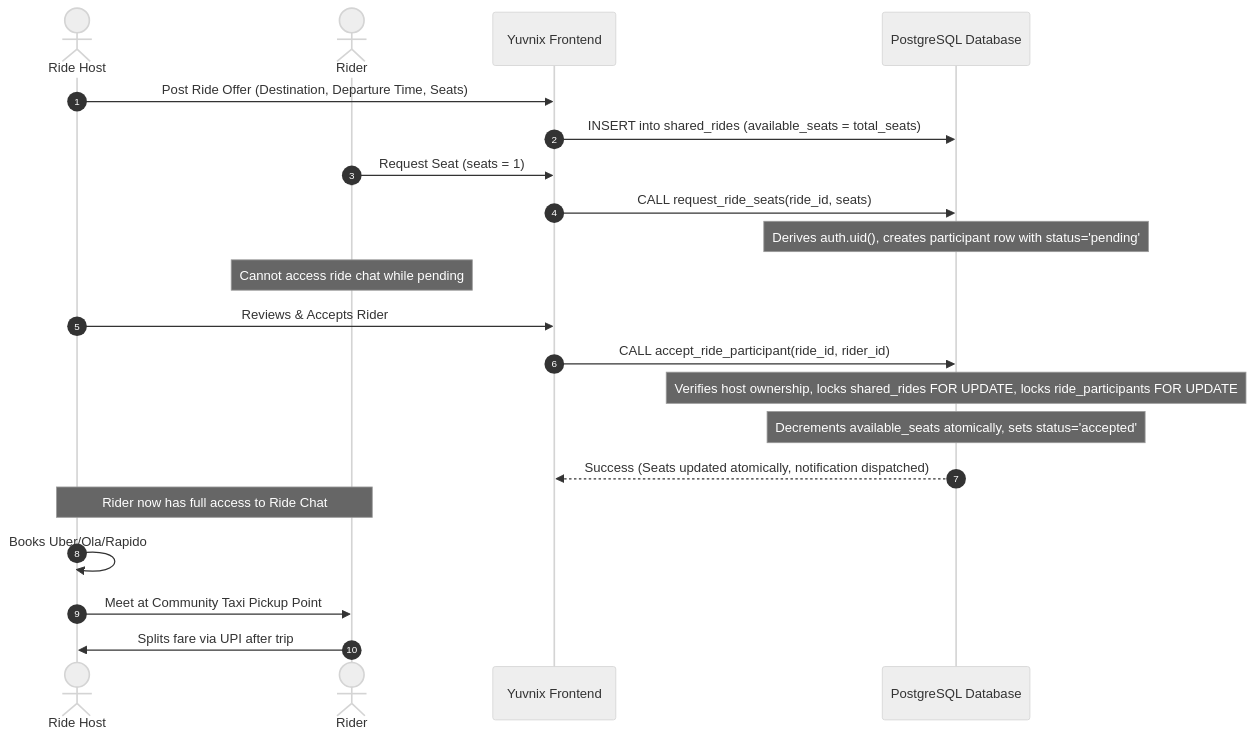
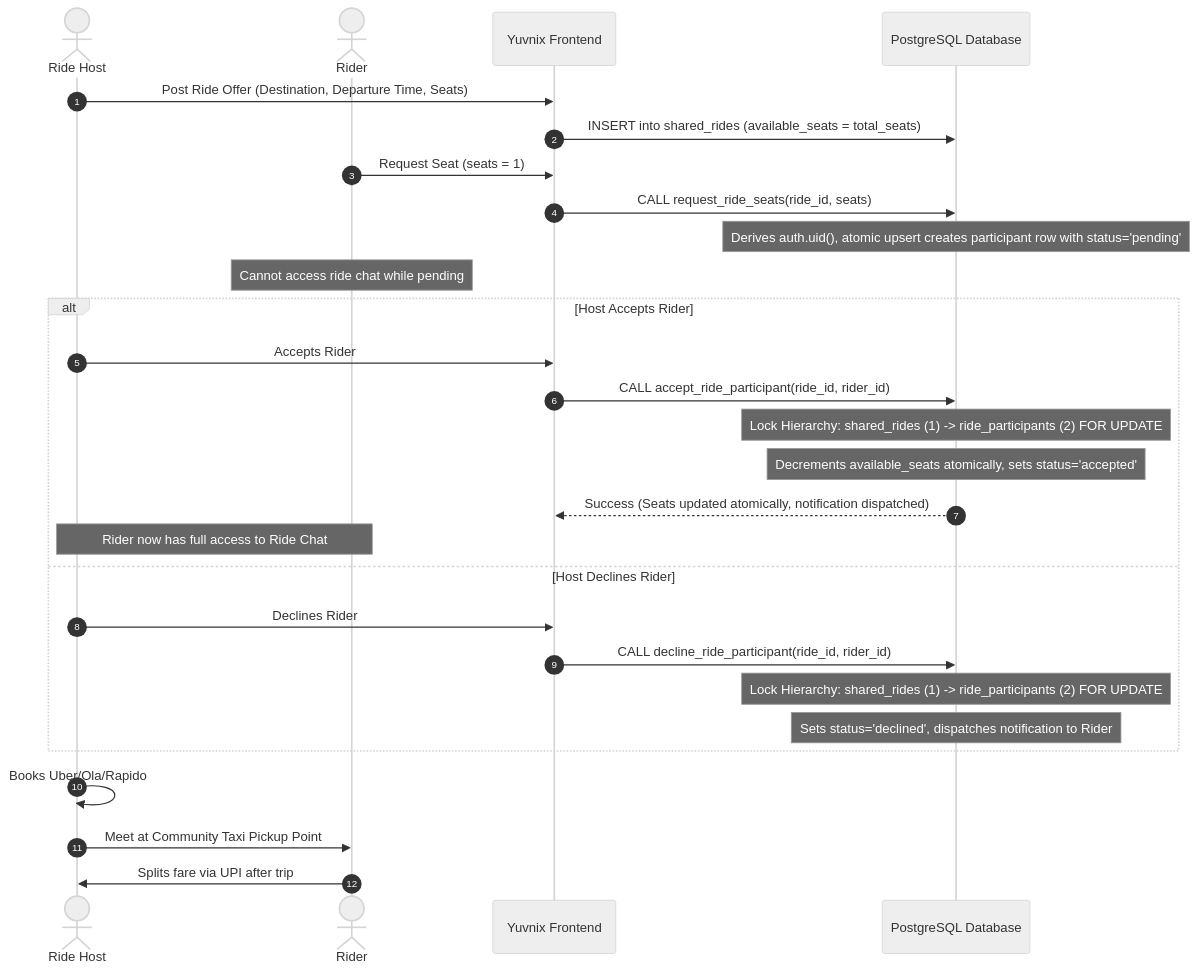
The third of 3 diagrams in docs/PRODUCT_SPEC.md (savanmalani12-sketch/Yuvnix), drawn with Mermaid (neutral theme) before and after one commit. The commit also changed other lines of this file and 1 other file, not shown here.

Commit message:
docs(architecture): apply v3.1 final SQL remediation and privilege hardening

````diff
--- a/docs/PRODUCT_SPEC.md
+++ b/docs/PRODUCT_SPEC.md
@@ -159,24 +160,31 @@
 ```mermaid
 sequenceDiagram
     autonumber
     actor Host as Ride Host
     actor Rider as Rider
     participant App as Yuvnix Frontend
     participant DB as PostgreSQL Database
     
     Host->>App: Post Ride Offer (Destination, Departure Time, Seats)
     App->>DB: INSERT into shared_rides (available_seats = total_seats)
     Rider->>App: Request Seat (seats = 1)
     App->>DB: CALL request_ride_seats(ride_id, seats)
-    Note over DB: Derives auth.uid(), creates participant row with status='pending'
+    Note over DB: Derives auth.uid(), atomic upsert creates participant row with status='pending'
     Note over Rider: Cannot access ride chat while pending
-    Host->>App: Reviews & Accepts Rider
-    App->>DB: CALL accept_ride_participant(ride_id, rider_id)
-    Note over DB: Verifies host ownership, locks shared_rides FOR UPDATE, locks ride_participants FOR UPDATE
-    Note over DB: Decrements available_seats atomically, sets status='accepted'
-    DB-->>App: Success (Seats updated atomically, notification dispatched)
-    Note over Host,Rider: Rider now has full access to Ride Chat
+    alt Host Accepts Rider
+        Host->>App: Accepts Rider
+        App->>DB: CALL accept_ride_participant(ride_id, rider_id)
+        Note over DB: Lock Hierarchy: shared_rides (1) -> ride_participants (2) FOR UPDATE
+        Note over DB: Decrements available_seats atomically, sets status='accepted'
+        DB-->>App: Success (Seats updated atomically, notification dispatched)
+        Note over Host,Rider: Rider now has full access to Ride Chat
+    else Host Declines Rider
+        Host->>App: Declines Rider
+        App->>DB: CALL decline_ride_participant(ride_id, rider_id)
+        Note over DB: Lock Hierarchy: shared_rides (1) -> ride_participants (2) FOR UPDATE
+        Note over DB: Sets status='declined', dispatches notification to Rider
+    end
     Host->>Host: Books Uber/Ola/Rapido
     Host->>Rider: Meet at Community Taxi Pickup Point
     Rider->>Host: Splits fare via UPI after trip
 ```
````
